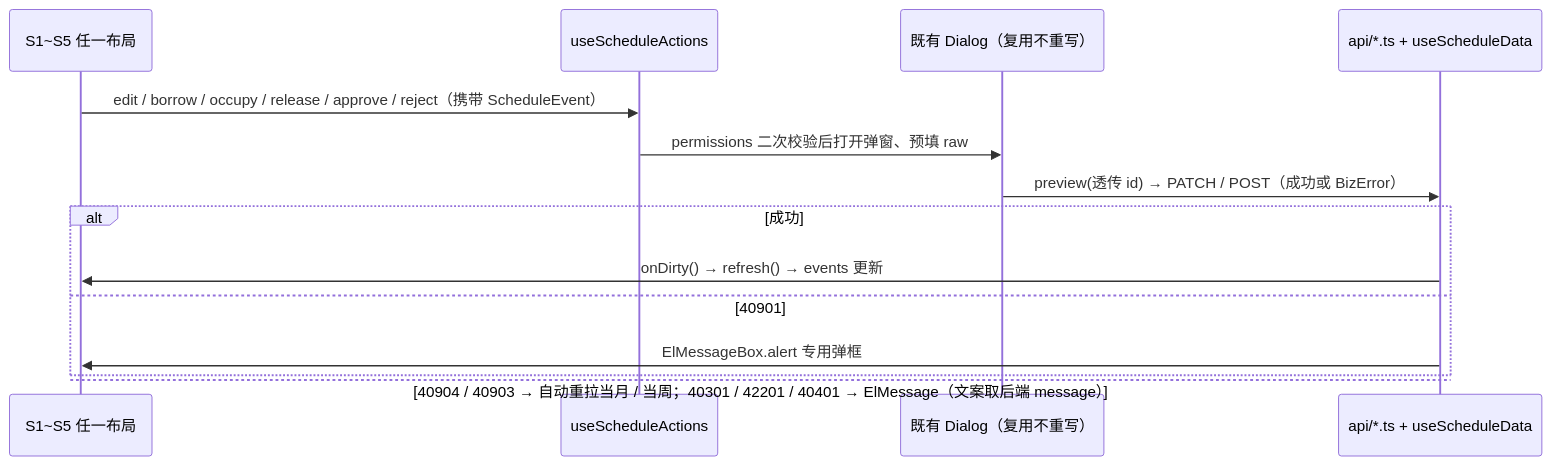
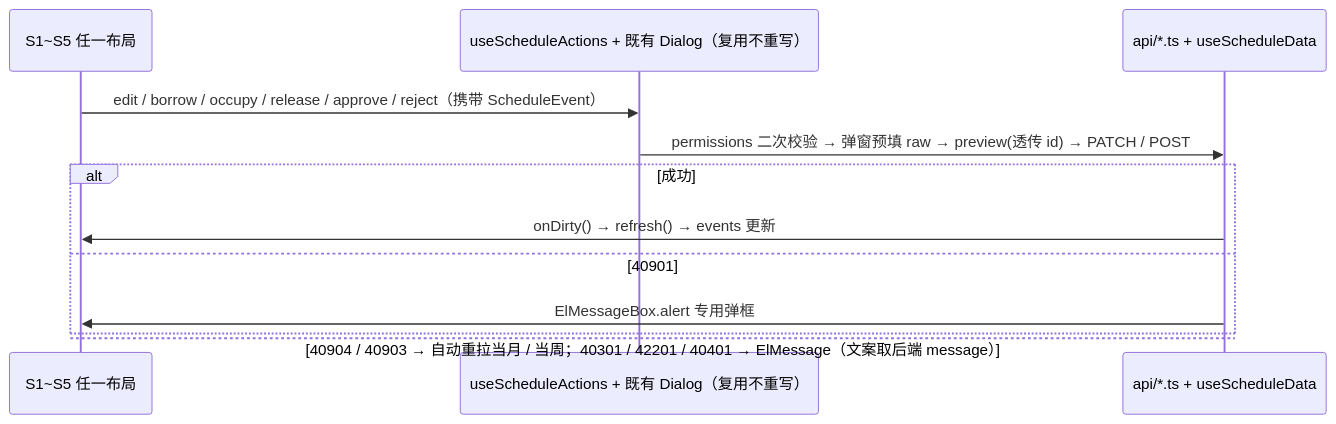
One commit to taoweidong/Hello-Build-Web changed the third of 3 diagrams in docs/superpowers/specs/2026-10-12-scheduling-panorama-design.md. Above: the diagram before and after it, drawn with Mermaid. The commit also changed other lines of this file and 1 other file, not shown here.

````diff
--- a/docs/superpowers/specs/2026-10-12-scheduling-panorama-design.md
+++ b/docs/superpowers/specs/2026-10-12-scheduling-panorama-design.md
@@ -431,16 +433,14 @@
 ```mermaid
 sequenceDiagram
     participant UI as S1~S5 任一布局
-    participant ACT as useScheduleActions
-    participant DLG as 既有 Dialog（复用不重写）
+    participant ACT as useScheduleActions + 既有 Dialog（复用不重写）
     participant HUB as api/*.ts + useScheduleData
     UI->>ACT: edit / borrow / occupy / release / approve / reject（携带 ScheduleEvent）
-    ACT->>DLG: permissions 二次校验后打开弹窗、预填 raw
-    DLG->>HUB: preview(透传 id) → PATCH / POST（成功或 BizError）
+    ACT->>HUB: permissions 二次校验 → 弹窗预填 raw → preview(透传 id) → PATCH / POST
     alt 成功
         HUB->>UI: onDirty() → refresh() → events 更新
     else 40901
         HUB->>UI: ElMessageBox.alert 专用弹框
     else 40904 / 40903 → 自动重拉当月 / 当周；40301 / 42201 / 40401 → ElMessage（文案取后端 message）
     end
 ```
````
